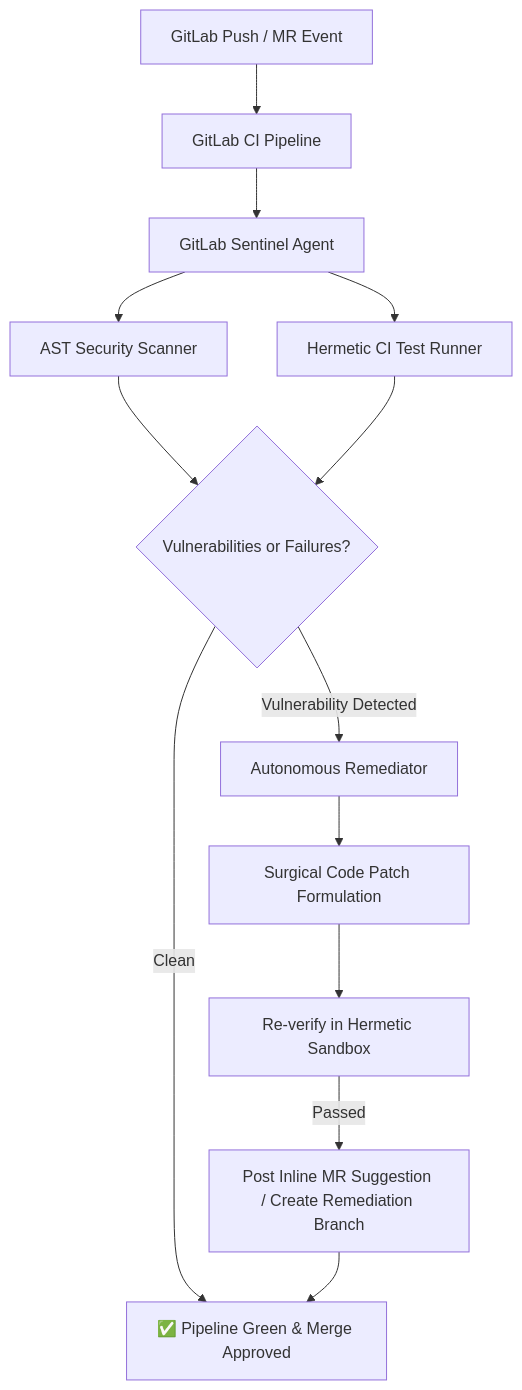
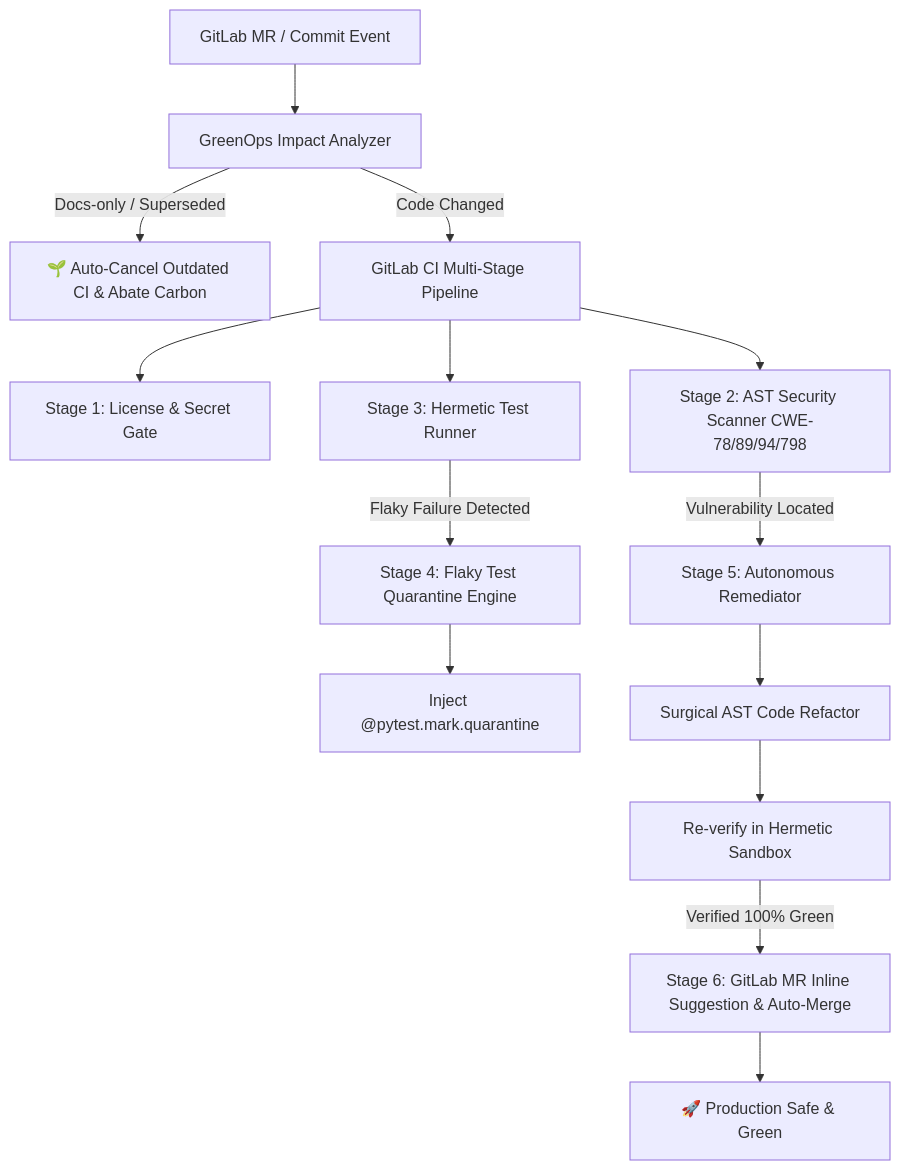
One commit to bhomvratrai-glitch/gitlab-sentinel-agent changed the diagram in README.md. Above: the diagram before and after it, drawn with Mermaid. The commit also changed other lines of this file and 13 other files, not shown here.

Commit message:
feat: upgrade to GitLab Sentinel Enterprise with GreenOps, Flaky Quarantine & GitLab Duo MCP

````diff
--- a/README.md
+++ b/README.md
@@ -26,15 +29,20 @@
 ```mermaid
 graph TD
-    A[GitLab Push / MR Event] --> B[GitLab CI Pipeline]
-    B --> C[GitLab Sentinel Agent]
-    C --> D[AST Security Scanner]
-    C --> E[Hermetic CI Test Runner]
-    D --> F{Vulnerabilities or Failures?}
-    E --> F
-    F -- Clean --> G[✅ Pipeline Green & Merge Approved]
-    F -- Vulnerability Detected --> H[Autonomous Remediator]
-    H --> I[Surgical Code Patch Formulation]
-    I --> J[Re-verify in Hermetic Sandbox]
-    J -- Passed --> K[Post Inline MR Suggestion / Create Remediation Branch]
-    K --> G
+    A[GitLab MR / Commit Event] --> B[GreenOps Impact Analyzer]
+    B -- Docs-only / Superseded --> C[🌱 Auto-Cancel Outdated CI & Abate Carbon]
+    B -- Code Changed --> D[GitLab CI Multi-Stage Pipeline]
+    
+    D --> E[Stage 1: License & Secret Gate]
+    D --> F[Stage 2: AST Security Scanner CWE-78/89/94/798]
+    D --> G[Stage 3: Hermetic Test Runner]
+    
+    G -- Flaky Failure Detected --> H[Stage 4: Flaky Test Quarantine Engine]
+    H --> I[Inject @pytest.mark.quarantine]
+    
+    F -- Vulnerability Located --> J[Stage 5: Autonomous Remediator]
+    J --> K[Surgical AST Code Refactor]
+    K --> L[Re-verify in Hermetic Sandbox]
+    
+    L -- Verified 100% Green --> M[Stage 6: GitLab MR Inline Suggestion & Auto-Merge]
+    M --> N[🚀 Production Safe & Green]
 ```
````
